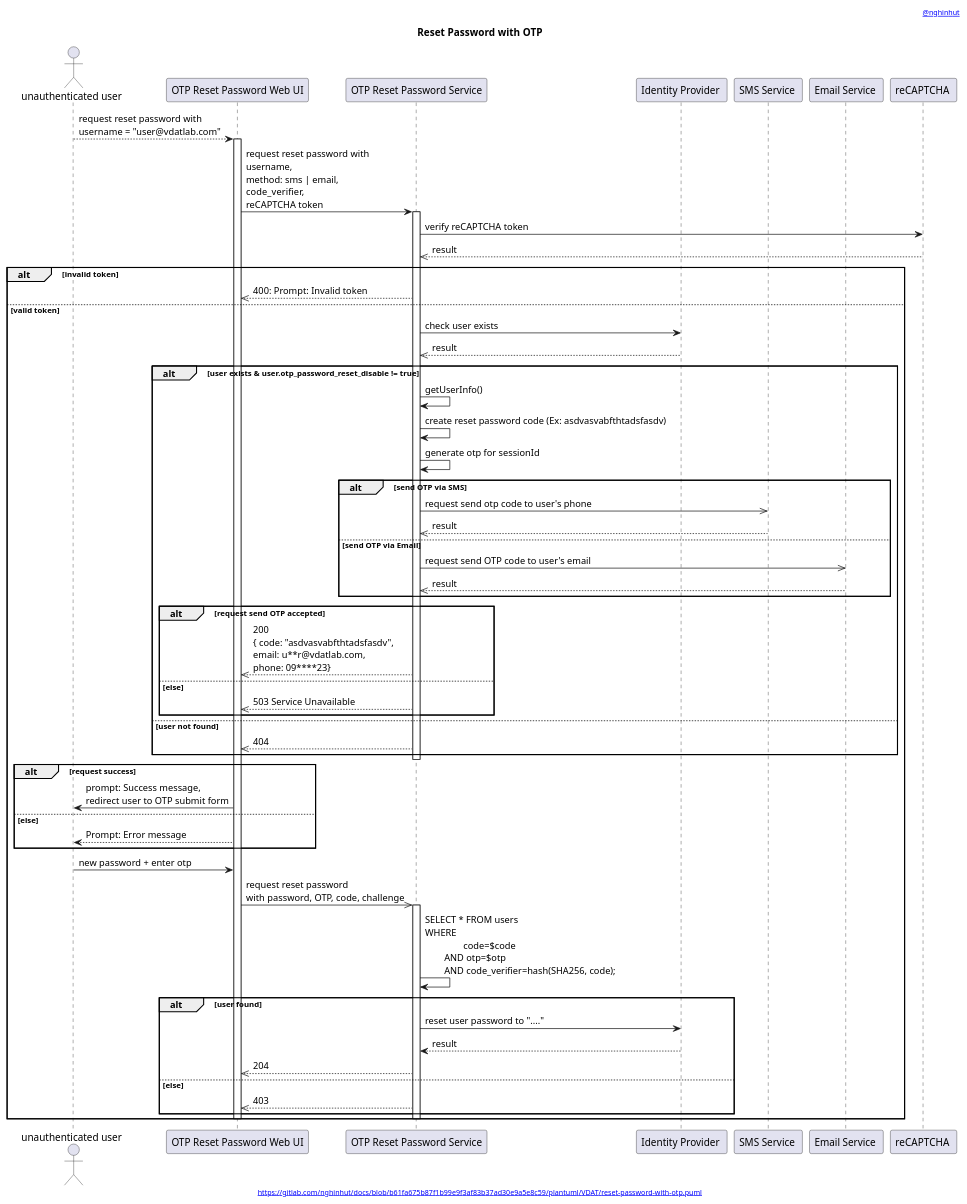
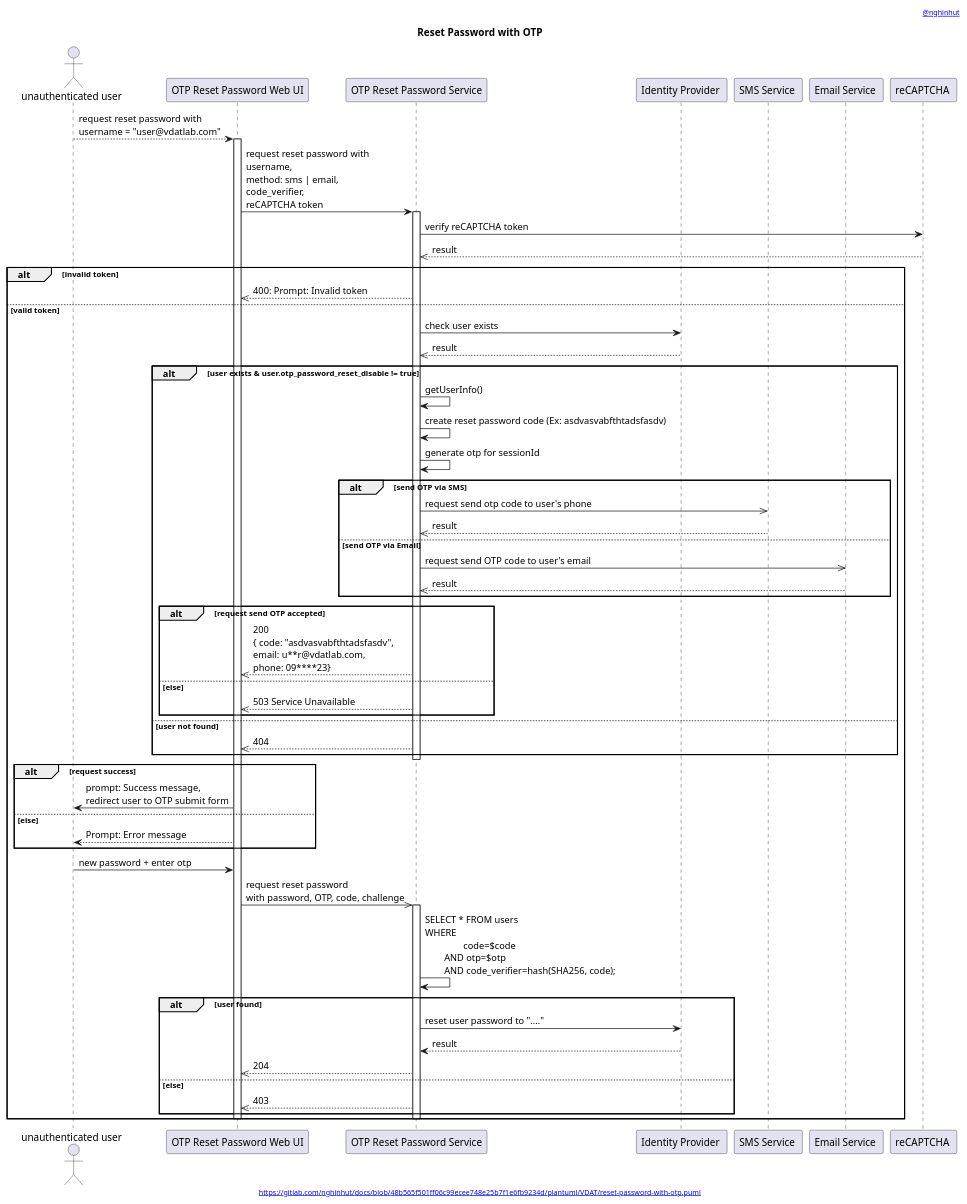
Before and after one commit to nghinhut/docs: the diagram in plantuml/VDAT/reset-password-with-otp.seq.puml, drawn with PlantUML. The commit also changed 24 other files, not shown here.

Commit message:
docs(plantuml): update headers

```diff
--- a/plantuml/VDAT/reset-password-with-otp.seq.puml
+++ b/plantuml/VDAT/reset-password-with-otp.seq.puml
@@ -1,71 +1,71 @@
 @startuml
 '-----START auto generated metadata please keep comment here to allow auto update-----
 '-----DON'T EDIT THIS SECTION, INSTEAD RE-RUN prebuild.sh TO UPDATE-----
-header [[https://www.nghinhut.dev?from=http%5C%3A%5C%2F%5C%2Fwww%5C.plantuml%5C.com%5C%2Fplantuml%5C%2Fproxy%3Ffmt%3Dsvg%5C%26src%3Dhttps%5C%3A%5C%2F%5C%2Fgitlab%5C.com%5C%2Fnghinhut%5C%2Fdocs%5C%2Fraw%5C%2Fb61fa675b87f1b99e9f3af83b37ad30e9a5e8c59%5C%2Fplantuml%5C%2FVDAT%5C%2Freset-password-with-otp%5C.puml%0A @nghinhut]]
-footer [[http://www.plantuml.com/plantuml/proxy?fmt=svg&src=https://gitlab.com/nghinhut/docs/raw/b61fa675b87f1b99e9f3af83b37ad30e9a5e8c59/plantuml/VDAT/reset-password-with-otp.puml https://gitlab.com/nghinhut/docs/blob/b61fa675b87f1b99e9f3af83b37ad30e9a5e8c59/plantuml/VDAT/reset-password-with-otp.puml]]
+header [[https://www.nghinhut.dev?from=http%5C%3A%5C%2F%5C%2Fwww%5C.plantuml%5C.com%5C%2Fplantuml%5C%2Fproxy%3Ffmt%3Dsvg%5C%26src%3Dhttps%5C%3A%5C%2F%5C%2Fgitlab%5C.com%5C%2Fnghinhut%5C%2Fdocs%5C%2Fraw%5C%2F48b565f501ff06c99ecee748e25b7f1e6fb9234d%5C%2Fplantuml%5C%2FVDAT%5C%2Freset-password-with-otp%5C.puml%0A @nghinhut]]
+footer [[http://www.plantuml.com/plantuml/proxy?fmt=svg&src=https://gitlab.com/nghinhut/docs/raw/48b565f501ff06c99ecee748e25b7f1e6fb9234d/plantuml/VDAT/reset-password-with-otp.puml https://gitlab.com/nghinhut/docs/blob/48b565f501ff06c99ecee748e25b7f1e6fb9234d/plantuml/VDAT/reset-password-with-otp.puml]]
 '-----END auto generated metadata please keep comment here to allow auto update-----
 title Reset Password with OTP
 
 actor "unauthenticated user" as rp
 participant "OTP Reset Password Web UI" as client
 participant "OTP Reset Password Service" as rs
 participant "Identity Provider " as idp
 participant "SMS Service " as sms
 participant "Email Service " as email
 participant "reCAPTCHA " as rc
 
 rp --> client : request reset password with\nusername = "user@vdatlab.com"
 activate client
 client -> rs : request reset password with\nusername,\nmethod: sms | email,\ncode_verifier,\nreCAPTCHA token
 activate rs
 rs -> rc : verify reCAPTCHA token
 rs <<-- rc : result
 alt invalid token
 client <<-- rs : 400: Prompt: Invalid token
 else valid token
 rs -> idp : check user exists
 rs <<-- idp : result
 
 alt user exists & user.otp_password_reset_disable != true
     rs -> rs : getUserInfo()
     rs -> rs : create reset password code (Ex: asdvasvabfthtadsfasdv)
     rs -> rs : generate otp for sessionId
     alt send OTP via SMS
         rs ->> sms : request send otp code to user's phone
         rs <<-- sms : result
     else send OTP via Email
         rs ->> email : request send OTP code to user's email
         rs <<-- email : result
     end
     alt request send OTP accepted
         client <<-- rs : 200\n{ code: "asdvasvabfthtadsfasdv",\nemail: u**r@vdatlab.com,\nphone: 09****23}
     else else
         client <<-- rs : 503 Service Unavailable
     end
 else user not found
     client <<-- rs : 404
 end
 deactivate rs
 
 alt request success
     rp <- client : prompt: Success message,\nredirect user to OTP submit form
 else else
     rp <-- client : Prompt: Error message
 end
 
 rp -> client : new password + enter otp
 client ->> rs : request reset password\nwith password, OTP, code, challenge
 activate rs
     rs -> rs : SELECT * FROM users\nWHERE\n\t\tcode=$code\n\tAND otp=$otp\n\tAND code_verifier=hash(SHA256, code);
     alt user found
         rs -> idp : reset user password to "...."
         rs <-- idp : result
         client <<-- rs : 204
     else else
         client <<-- rs : 403
     end
 deactivate rs
 
 deactivate client
 end
 @enduml
```
